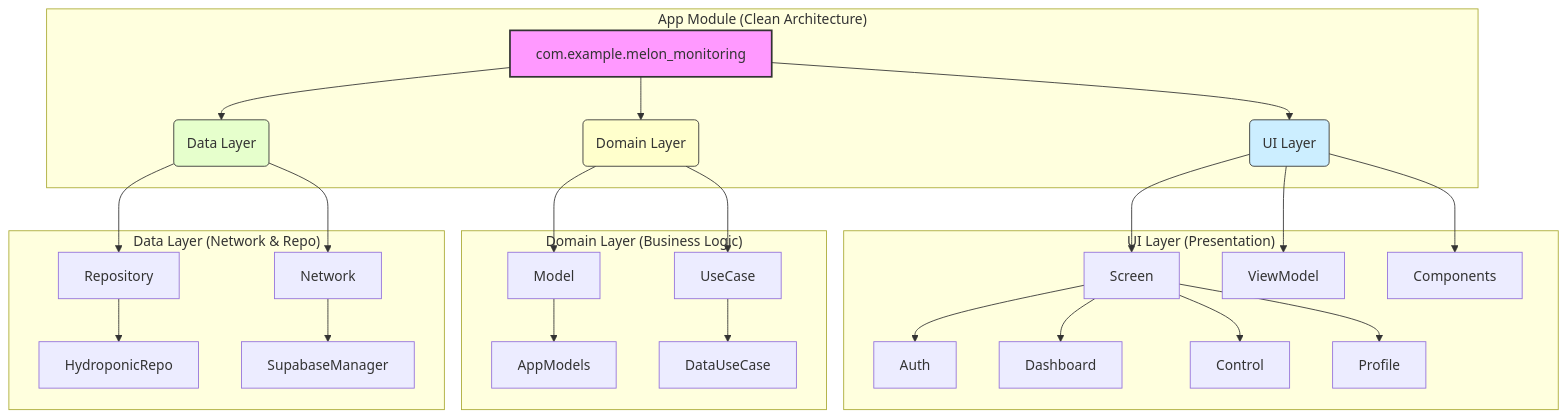
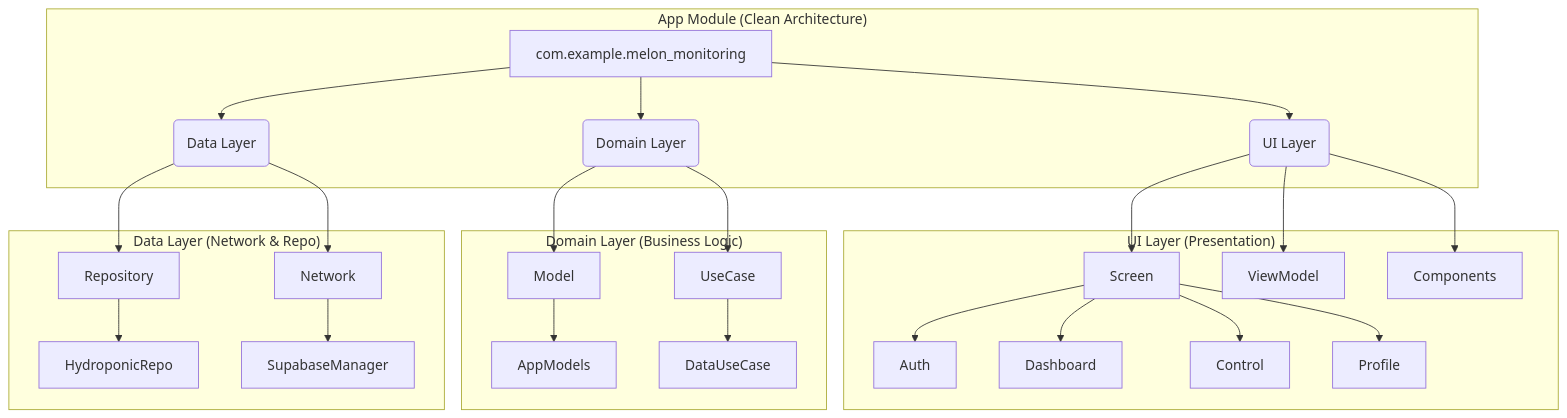
One commit to HaritsDetya/Melon_Monitoring_and_Automation changed the diagram in README.md. Above: the diagram before and after it, drawn with Mermaid.

````diff
--- a/README.md
+++ b/README.md
@@ -155,41 +155,35 @@
 ``` mermaid
 graph TD
     subgraph "App Module (Clean Architecture)"
         A[com.example.melon_monitoring] --> B(UI Layer)
         A --> C(Domain Layer)
         A --> D(Data Layer)
     end
 
     subgraph "UI Layer (Presentation)"
         B --> B1[Screen]
         B --> B2[ViewModel]
         B --> B3[Components]
         
         B1 --> B1a[Auth]
         B1 --> B1b[Dashboard]
         B1 --> B1c[Control]
         B1 --> B1d[Profile]
     end
 
     subgraph "Domain Layer (Business Logic)"
         C --> C1[Model]
         C --> C2[UseCase]
         
         C1 --> C1a[AppModels]
         C2 --> C2a[DataUseCase]
     end
 
     subgraph "Data Layer (Network & Repo)"
         D --> D1[Repository]
         D --> D2[Network]
         
         D1 --> D1a[HydroponicRepo]
         D2 --> D2a[SupabaseManager]
     end
-
-    %% Styles
-    style A fill:#f9f,stroke:#333,stroke-width:2px
-    style B fill:#cceeff,stroke:#333
-    style C fill:#ffffcc,stroke:#333
-    style D fill:#e6ffcc,stroke:#333
 ```
````
